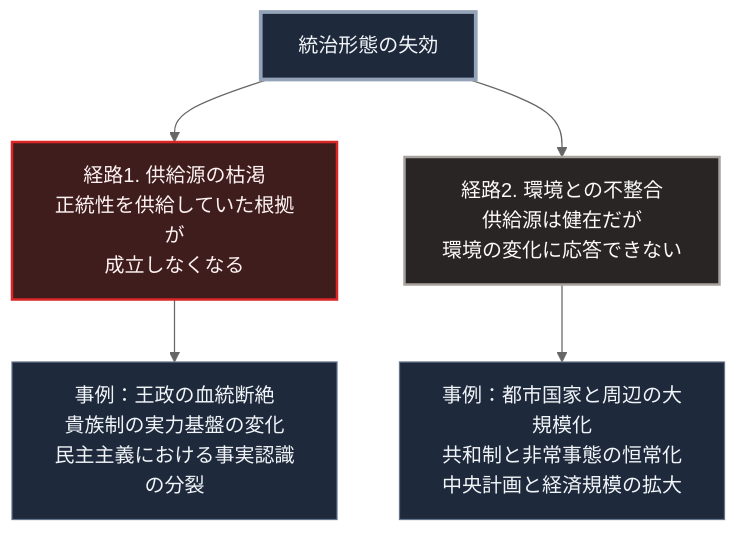
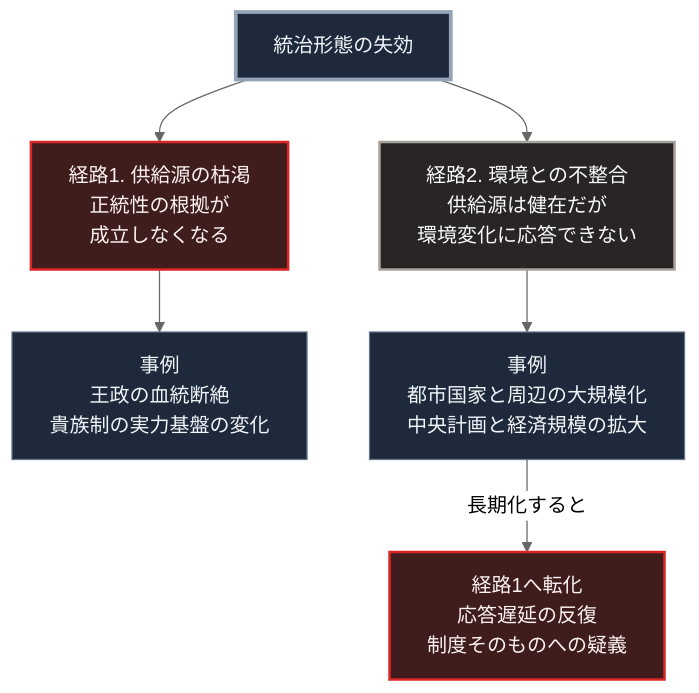
The diagram in books/sovereign-resilience-blueprint/isms-failure-comparison.md (Takenori-Kusaka/zenn-content), drawn with Mermaid (neutral theme) before and after one commit. The commit also changed other lines of this file and 114 other files, not shown here.

````diff
--- a/books/sovereign-resilience-blueprint/isms-failure-comparison.md
+++ b/books/sovereign-resilience-blueprint/isms-failure-comparison.md
@@ -45,16 +45,16 @@
 ```mermaid
 flowchart TD
     F[統治形態の失効]
-
-    F --> R1[経路1. 供給源の枯渇<br>正統性を供給していた根拠が<br>成立しなくなる]
-    F --> R2[経路2. 環境との不整合<br>供給源は健在だが<br>環境の変化に応答できない]
-
-    R1 --> E1[事例：王政の血統断絶<br>貴族制の実力基盤の変化<br>民主主義における事実認識の分裂]
-    R2 --> E2[事例：都市国家と周辺の大規模化<br>共和制と非常事態の恒常化<br>中央計画と経済規模の拡大]
+    F --> R1[経路1. 供給源の枯渇<br>正統性の根拠が<br>成立しなくなる]
+    F --> R2[経路2. 環境との不整合<br>供給源は健在だが<br>環境変化に応答できない]
+    R1 --> E1[事例<br>王政の血統断絶<br>貴族制の実力基盤の変化]
+    R2 --> E2[事例<br>都市国家と周辺の大規模化<br>中央計画と経済規模の拡大]
+    E2 -->|長期化すると| T[経路1へ転化<br>応答遅延の反復<br>制度そのものへの疑義]
 
     style F fill:#1e293b,stroke:#94a3b8,stroke-width:3px,color:#f1f5f9
     style R1 fill:#3f1d1d,stroke:#dc2626,stroke-width:2px,color:#fef2f2
     style R2 fill:#292524,stroke:#a8a29e,stroke-width:2px,color:#fafaf9
     style E1 fill:#1e293b,stroke:#64748b,color:#f1f5f9
     style E2 fill:#1e293b,stroke:#64748b,color:#f1f5f9
+    style T fill:#3f1d1d,stroke:#dc2626,stroke-width:2px,color:#fef2f2
 ```
````
